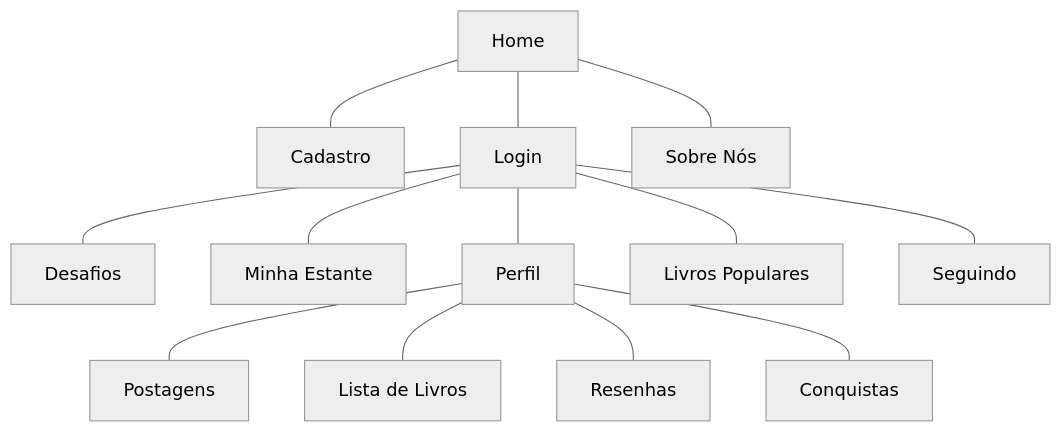
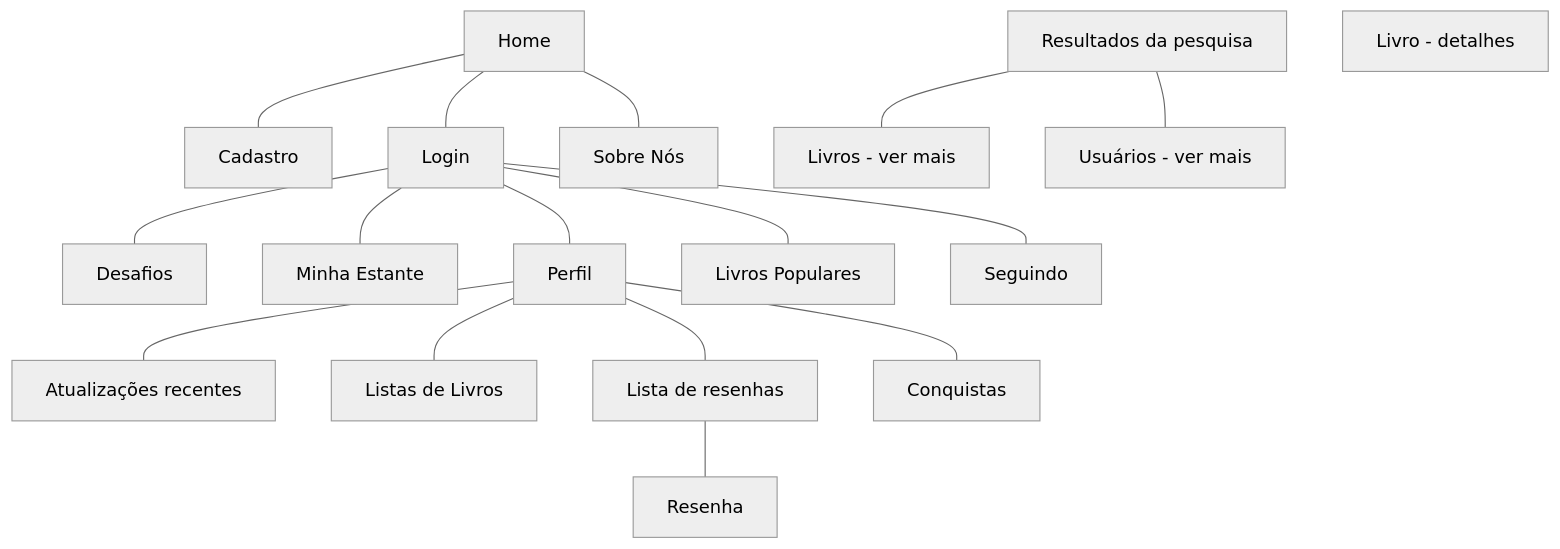
Before and after one commit to tads-cnat/pratiler: the diagram in doc/prototipos/prototipos.md, drawn with Mermaid (neutral theme).

````diff
--- a/doc/prototipos/prototipos.md
+++ b/doc/prototipos/prototipos.md
@@ -7,18 +7,25 @@
 ```mermaid
 flowchart TD
 1[Home] --- 2[Cadastro]
 1 --- 3[Login]
 1 --- 4[Sobre Nós]
 
 
 3 --- 6[Desafios]
 3 --- 7[Minha Estante]
 3 --- 8[Perfil]
 3 --- 9[Livros Populares]
 3 --- 10[Seguindo]
 
-8 --- 11[Postagens]
-8 --- 12[Lista de Livros]
-8 --- 13[Resenhas]
+8 --- 11[Atualizações recentes]
+8 --- 12[Listas de Livros]
+8 --- 13[Lista de resenhas]
 8 --- 14[Conquistas]
+13 --- 15[Resenha]
+
+16[Resultados da pesquisa] --- 17[Livros - ver mais]
+16 --- 18[Usuários - ver mais]
+
+19[Livro - detalhes]
+
 ```
````
